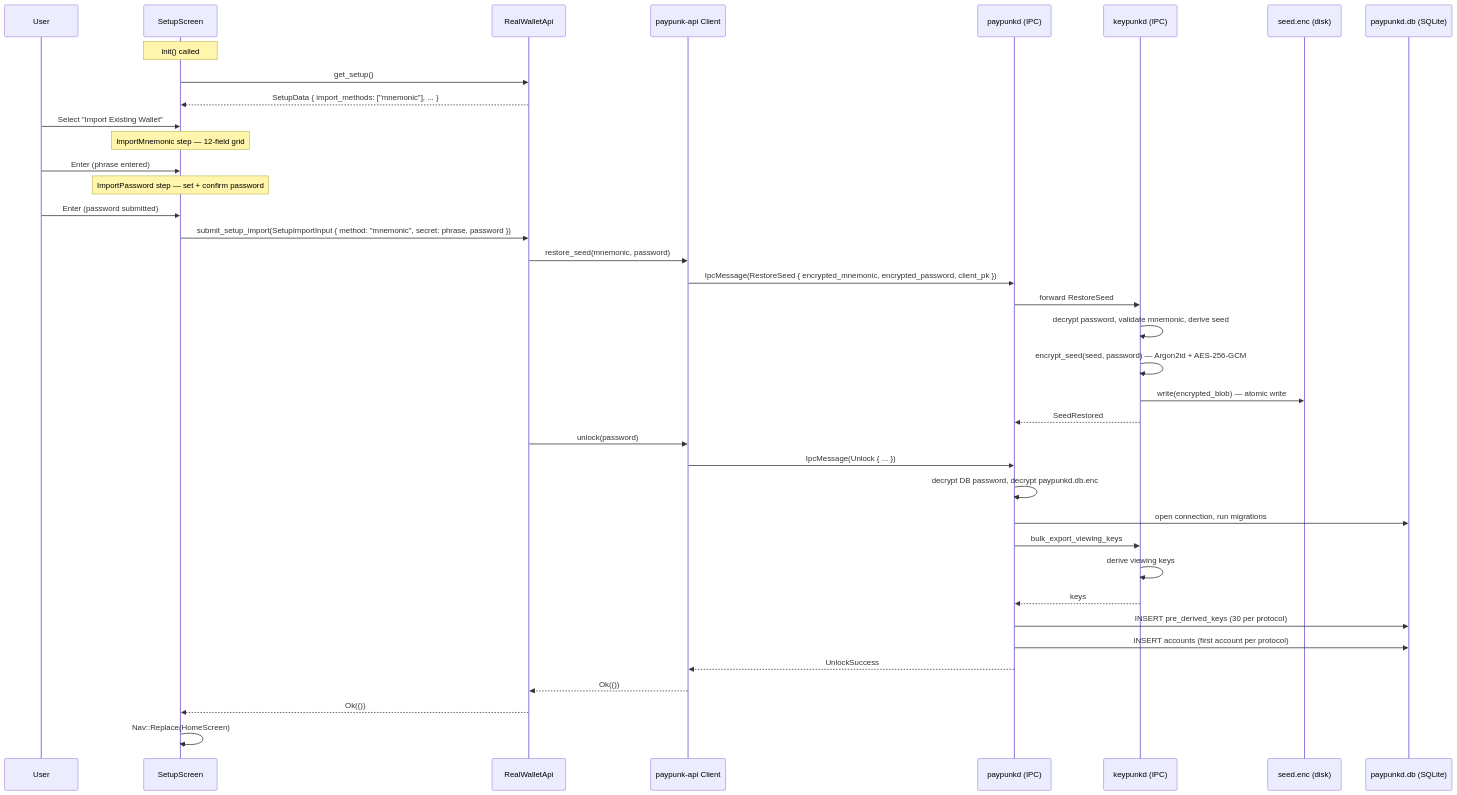
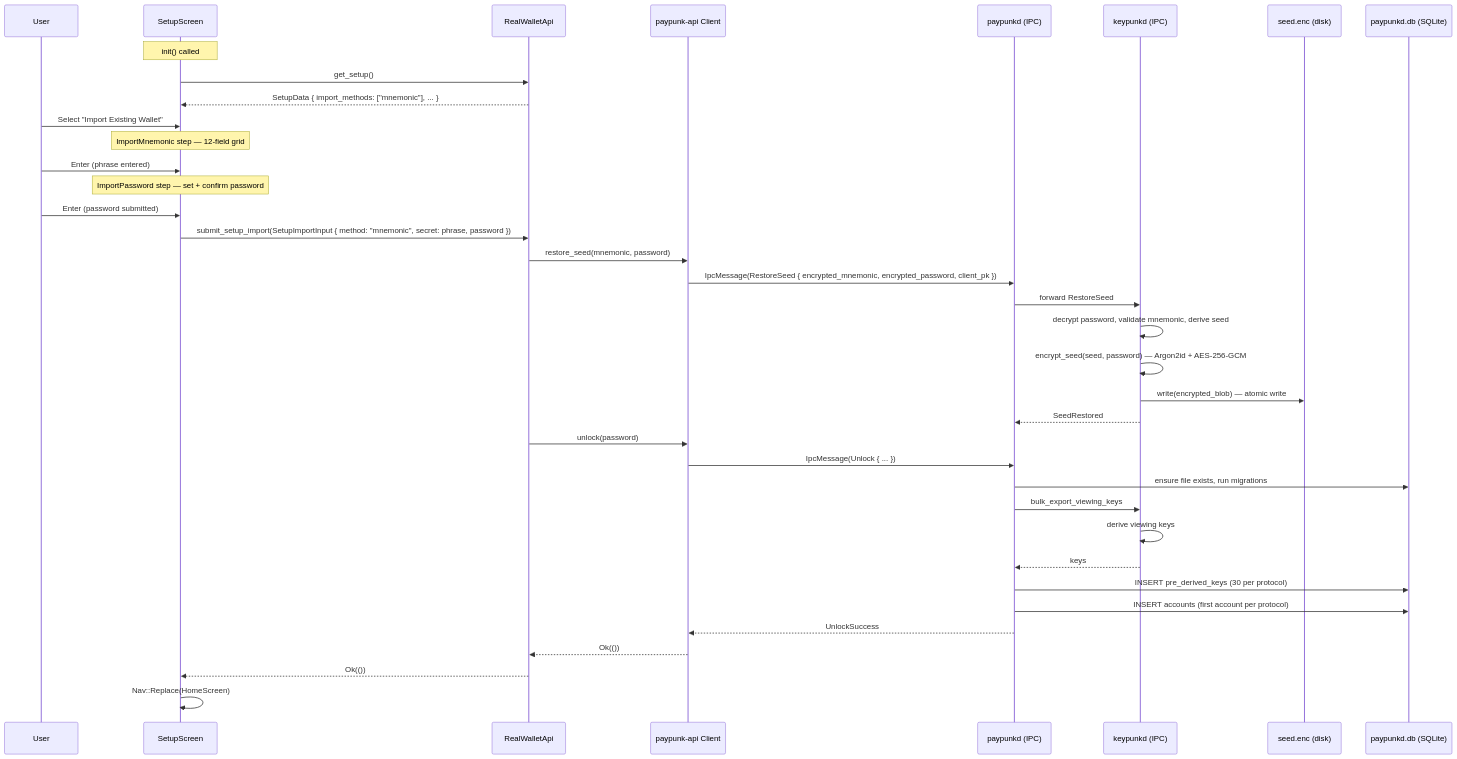
The second of 2 diagrams in docs/usecases/01-setup.md (blockhackersio/paypunk), drawn with Mermaid before and after one commit. The commit also changed other lines of this file and 9 other files, not shown here.

````diff
--- a/docs/usecases/01-setup.md
+++ b/docs/usecases/01-setup.md
@@ -68,47 +66,46 @@
 ```mermaid
 sequenceDiagram
     participant U as User
     participant TUI as SetupScreen
     participant API as RealWalletApi
     participant Client as paypunk-api Client
     participant paypunkd as paypunkd (IPC)
     participant keypunkd as keypunkd (IPC)
     participant SeedFile as seed.enc (disk)
     participant SQLite as paypunkd.db (SQLite)
 
     Note over TUI: init() called
     TUI->>API: get_setup()
     API-->>TUI: SetupData { import_methods: ["mnemonic"], ... }
 
     U->>TUI: Select "Import Existing Wallet"
     Note over TUI: ImportMnemonic step — 12-field grid
 
     U->>TUI: Enter (phrase entered)
     Note over TUI: ImportPassword step — set + confirm password
 
     U->>TUI: Enter (password submitted)
 
     TUI->>API: submit_setup_import(SetupImportInput { method: "mnemonic", secret: phrase, password })
     API->>Client: restore_seed(mnemonic, password)
     Client->>paypunkd: IpcMessage(RestoreSeed { encrypted_mnemonic, encrypted_password, client_pk })
     paypunkd->>keypunkd: forward RestoreSeed
     keypunkd->>keypunkd: decrypt password, validate mnemonic, derive seed
     keypunkd->>keypunkd: encrypt_seed(seed, password) — Argon2id + AES-256-GCM
     keypunkd->>SeedFile: write(encrypted_blob) — atomic write
     keypunkd-->>paypunkd: SeedRestored
 
     API->>Client: unlock(password)
     Client->>paypunkd: IpcMessage(Unlock { ... })
-    paypunkd->>paypunkd: decrypt DB password, decrypt paypunkd.db.enc
-    paypunkd->>SQLite: open connection, run migrations
+    paypunkd->>SQLite: ensure file exists, run migrations
     paypunkd->>keypunkd: bulk_export_viewing_keys
     keypunkd->>keypunkd: derive viewing keys
     keypunkd-->>paypunkd: keys
     paypunkd->>SQLite: INSERT pre_derived_keys (30 per protocol)
     paypunkd->>SQLite: INSERT accounts (first account per protocol)
     paypunkd-->>Client: UnlockSuccess
     Client-->>API: Ok(())
     API-->>TUI: Ok(())
 
     TUI->>TUI: Nav::Replace(HomeScreen)
 ```
````
